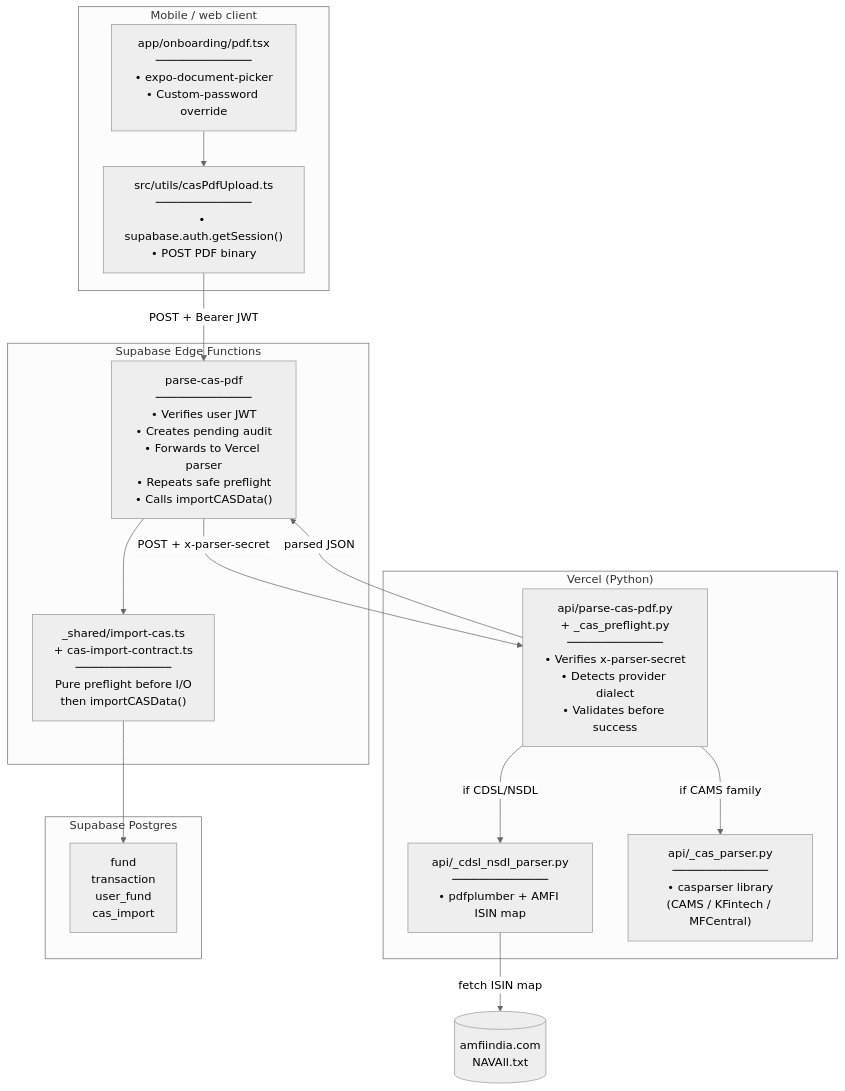
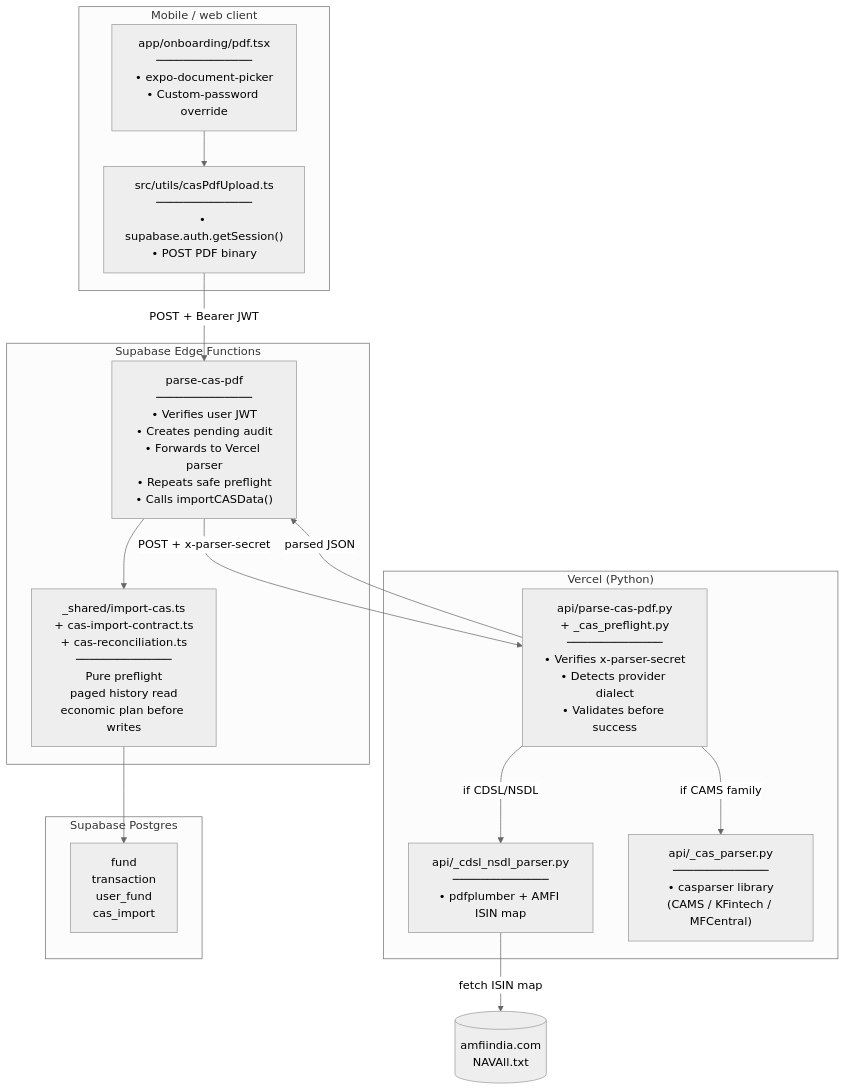
One commit to himanshu4141/FolioLens changed the first of 2 diagrams in docs/architecture/cas-upload-flow.md. Above: the diagram before and after it, drawn with Mermaid (neutral theme). The commit also changed other lines of this file and 22 other files, not shown here.

Commit message:
[CAS Q3] Add provider-neutral reconciliation

````diff
--- a/docs/architecture/cas-upload-flow.md
+++ b/docs/architecture/cas-upload-flow.md
@@ -7,32 +7,32 @@
 ```mermaid
 graph TB
   subgraph Client["Mobile / web client"]
     pdf_screen["app/onboarding/pdf.tsx<br/>──────────────<br/>• expo-document-picker<br/>• Custom-password override"]
     upload_util["src/utils/casPdfUpload.ts<br/>──────────────<br/>• supabase.auth.getSession()<br/>• POST PDF binary"]
   end
 
   subgraph SupabaseEdge["Supabase Edge Functions"]
     parse_edge["parse-cas-pdf<br/>──────────────<br/>• Verifies user JWT<br/>• Creates pending audit<br/>• Forwards to Vercel parser<br/>• Repeats safe preflight<br/>• Calls importCASData()"]
-    shared["_shared/import-cas.ts<br/>+ cas-import-contract.ts<br/>──────────────<br/>Pure preflight before I/O<br/>then importCASData()"]
+    shared["_shared/import-cas.ts<br/>+ cas-import-contract.ts<br/>+ cas-reconciliation.ts<br/>──────────────<br/>Pure preflight<br/>paged history read<br/>economic plan before writes"]
   end
 
   subgraph Vercel["Vercel (Python)"]
     parser["api/parse-cas-pdf.py<br/>+ _cas_preflight.py<br/>──────────────<br/>• Verifies x-parser-secret<br/>• Detects provider dialect<br/>• Validates before success"]
     cdsl["api/_cdsl_nsdl_parser.py<br/>──────────────<br/>• pdfplumber + AMFI ISIN map"]
     casparser["api/_cas_parser.py<br/>──────────────<br/>• casparser library<br/>(CAMS / KFintech / MFCentral)"]
   end
 
   subgraph SupabaseDb["Supabase Postgres"]
     db["fund<br/>transaction<br/>user_fund<br/>cas_import"]
   end
 
   pdf_screen --> upload_util
   upload_util -- "POST + Bearer JWT" --> parse_edge
   parse_edge -- "POST + x-parser-secret" --> parser
   parser -- "if CDSL/NSDL" --> cdsl
   parser -- "if CAMS family" --> casparser
   cdsl -- "fetch ISIN map" --> amfi[("amfiindia.com<br/>NAVAll.txt")]
   parser -- "parsed JSON" --> parse_edge
   parse_edge --> shared
   shared --> db
 ```
````
